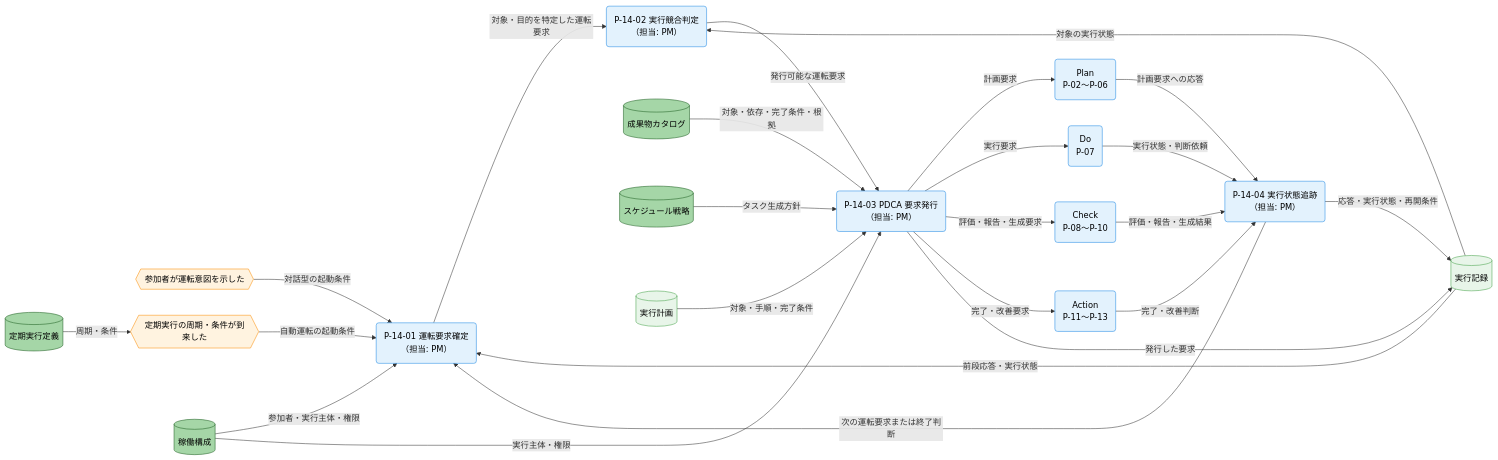
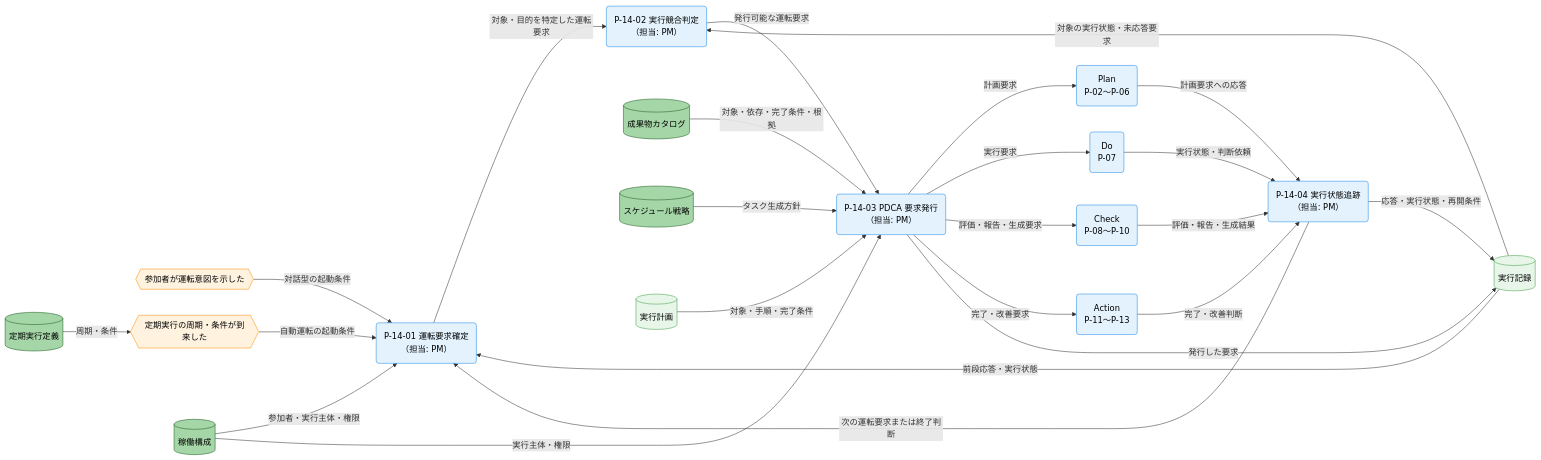
The diagram in docs/ja/product/010-business-specs/010-data-flow/cdfd-orchestrator.md (specdojo/specdojo), drawn with Mermaid before and after one commit. The commit also changed other lines of this file and 4 other files, not shown here.

Commit message:
exec(T-DATA-FLOW-PDCA-cdfd-orchestrator-075): apply task changes

````diff
--- a/docs/ja/product/010-business-specs/010-data-flow/cdfd-orchestrator.md
+++ b/docs/ja/product/010-business-specs/010-data-flow/cdfd-orchestrator.md
@@ -117,53 +119,53 @@
 ```mermaid
 flowchart LR
   classDef process fill:#e3f2fd,stroke:#1e88e5,color:#000
   classDef event fill:#fff3e0,stroke:#fb8c00,color:#000
   classDef storeMaster fill:#a5d6a7,stroke:#1b5e20,color:#000
   classDef storeTransaction fill:#e8f5e9,stroke:#43a047,color:#000
 
   対話起点{{"参加者が運転意図を示した"}}
   自動起点{{"定期実行の周期・条件が到来した"}}
   運転要求確定("P-14-01 運転要求確定<br>（担当: PM）")
   実行競合判定("P-14-02 実行競合判定<br>（担当: PM）")
   要求発行("P-14-03 PDCA 要求発行<br>（担当: PM）")
   実行状態追跡("P-14-04 実行状態追跡<br>（担当: PM）")
   Plan("Plan<br>P-02〜P-06")
   Do("Do<br>P-07")
   Check("Check<br>P-08〜P-10")
   Action("Action<br>P-11〜P-13")
   稼働構成[("稼働構成")]
   成果物カタログ[("成果物カタログ")]
   スケジュール戦略[("スケジュール戦略")]
   定期実行定義[("定期実行定義")]
   実行計画[("実行計画")]
   実行記録[("実行記録")]
 
   対話起点 -->|"対話型の起動条件"| 運転要求確定
   定期実行定義 -->|"周期・条件"| 自動起点
   自動起点 -->|"自動運転の起動条件"| 運転要求確定
   稼働構成 -->|"参加者・実行主体・権限"| 運転要求確定
   実行記録 -->|"前段応答・実行状態"| 運転要求確定
   運転要求確定 -->|"対象・目的を特定した運転要求"| 実行競合判定
-  実行記録 -->|"対象の実行状態"| 実行競合判定
+  実行記録 -->|"対象の実行状態・未応答要求"| 実行競合判定
   実行競合判定 -->|"発行可能な運転要求"| 要求発行
   成果物カタログ -->|"対象・依存・完了条件・根拠"| 要求発行
   スケジュール戦略 -->|"タスク生成方針"| 要求発行
   実行計画 -->|"対象・手順・完了条件"| 要求発行
   稼働構成 -->|"実行主体・権限"| 要求発行
   要求発行 -->|"計画要求"| Plan
   要求発行 -->|"実行要求"| Do
   要求発行 -->|"評価・報告・生成要求"| Check
   要求発行 -->|"完了・改善要求"| Action
   Plan -->|"計画要求への応答"| 実行状態追跡
   Do -->|"実行状態・判断依頼"| 実行状態追跡
   Check -->|"評価・報告・生成結果"| 実行状態追跡
   Action -->|"完了・改善判断"| 実行状態追跡
   要求発行 -->|"発行した要求"| 実行記録
   実行状態追跡 -->|"応答・実行状態・再開条件"| 実行記録
   実行状態追跡 -->|"次の運転要求または終了判断"| 運転要求確定
 
   class 運転要求確定,実行競合判定,要求発行,実行状態追跡,Plan,Do,Check,Action process
   class 対話起点,自動起点 event
   class 稼働構成,成果物カタログ,スケジュール戦略,定期実行定義 storeMaster
   class 実行計画,実行記録 storeTransaction
 ```
````
